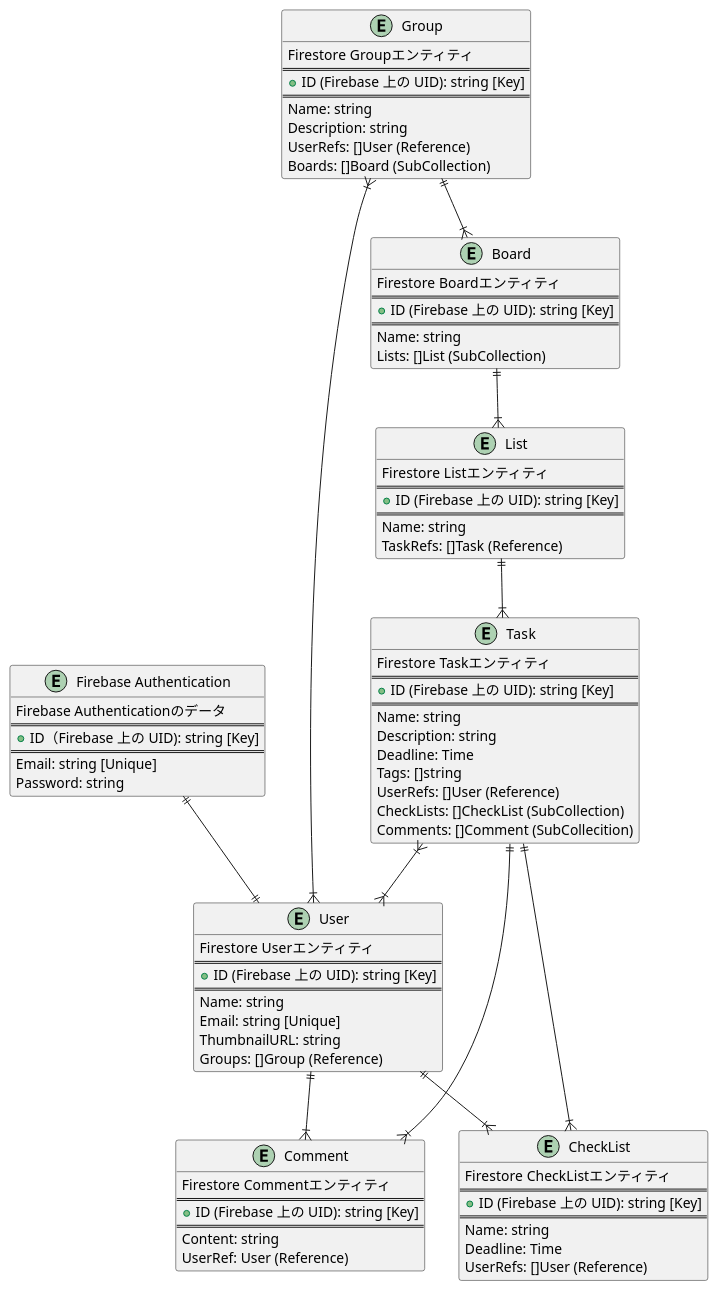
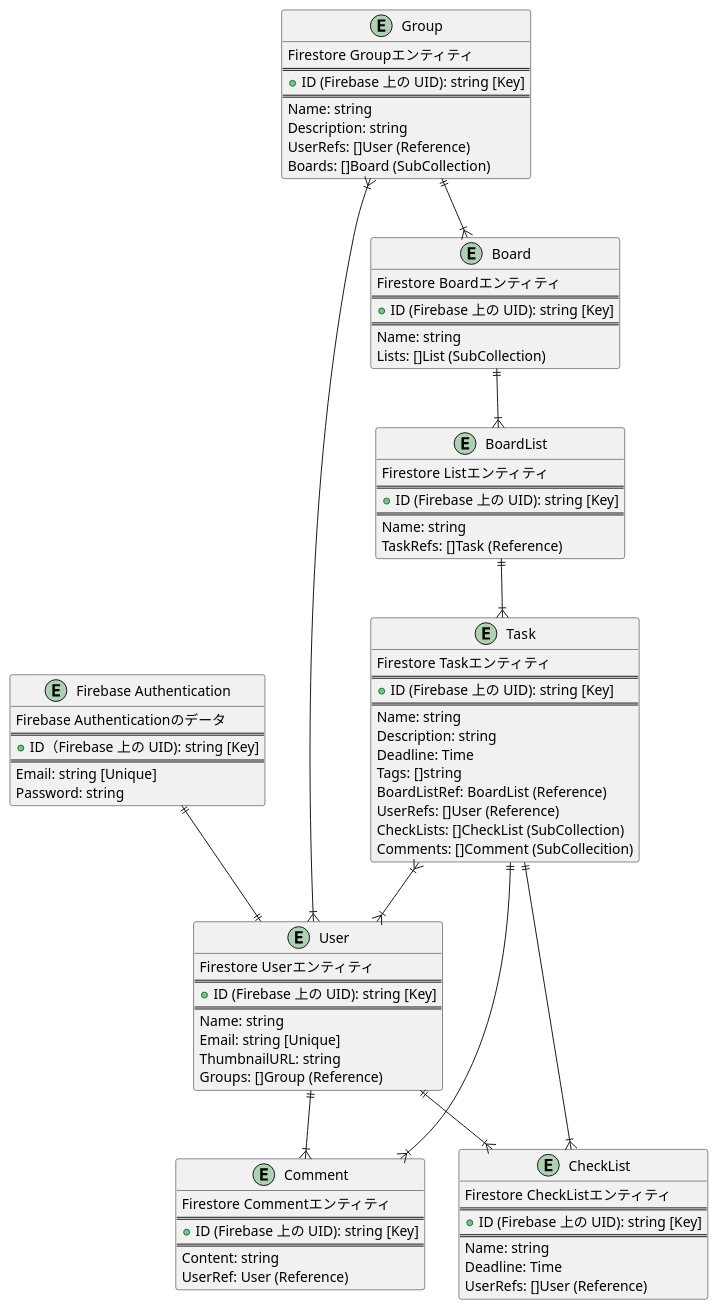
One commit to calmato/gran changed the diagram in doc/03_infrastructure/03_firestore/firestore.puml. Above: the diagram before and after it, drawn with PlantUML. The commit also changed 1 other file, not shown here.

Commit message:
docs: ER図の修正

```diff
--- a/doc/03_infrastructure/03_firestore/firestore.puml
+++ b/doc/03_infrastructure/03_firestore/firestore.puml
@@ -1,97 +1,98 @@
 @startuml firestore
 ' --- Entity --- '
 entity "Firebase Authentication" {
   Firebase Authenticationのデータ
   ==
   + ID（Firebase 上の UID): string [Key]
   ==
   Email: string [Unique]
   Password: string
 }
 
 entity "User" {
   Firestore Userエンティティ
   ==
   + ID (Firebase 上の UID): string [Key]
   ==
   Name: string
   Email: string [Unique]
   ThumbnailURL: string
   Groups: []Group (Reference)
 }
 
 entity "Group" {
   Firestore Groupエンティティ
   ==
   + ID (Firebase 上の UID): string [Key]
   ==
   Name: string
   Description: string
   UserRefs: []User (Reference)
   Boards: []Board (SubCollection)
 }
 
 entity "Board" {
   Firestore Boardエンティティ
   ==
   + ID (Firebase 上の UID): string [Key]
   ==
   Name: string
   Lists: []List (SubCollection)
 }
 
-entity "List" {
+entity "BoardList" {
   Firestore Listエンティティ
   ==
   + ID (Firebase 上の UID): string [Key]
   ==
   Name: string
   TaskRefs: []Task (Reference)
 }
 
 entity "Task" {
   Firestore Taskエンティティ
   ==
   + ID (Firebase 上の UID): string [Key]
   ==
   Name: string
   Description: string
   Deadline: Time
   Tags: []string
+  BoardListRef: BoardList (Reference)
   UserRefs: []User (Reference)
   CheckLists: []CheckList (SubCollection)
   Comments: []Comment (SubCollecition)
 }
 
 entity "CheckList" {
   Firestore CheckListエンティティ
   ==
   + ID (Firebase 上の UID): string [Key]
   ==
   Name: string
   Deadline: Time
   UserRefs: []User (Reference)
 }
 
 entity "Comment" {
   Firestore Commentエンティティ
   ==
   + ID (Firebase 上の UID): string [Key]
   ==
   Content: string
   UserRef: User (Reference)
 }
 
 ' --- Relation --- '
 "Firebase Authentication" ||--|| User
-Board ||--|{ List
+Board ||--|{ BoardList
+BoardList ||--|{ Task
 Group ||--|{ Board
 Group }|--|{ User
 Task ||--|{ CheckList
-List ||--|{ Task
 Task }|--|{ User
 Task ||--|{ Comment
 User ||--|{ CheckList
 User ||--|{ Comment
 
 @enduml
```
